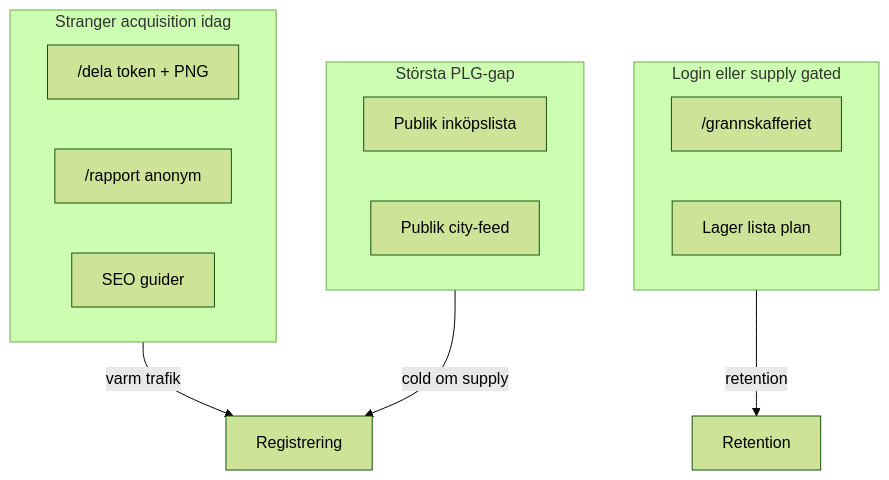
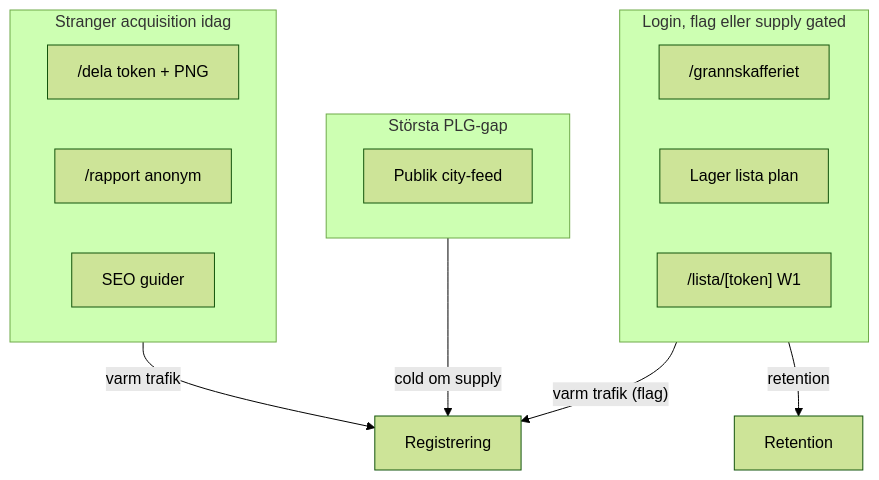
Before and after one commit to arpi09/grocery-manager: the diagram in docs/ACQUISITION_WEDGES.md, drawn with Mermaid (forest theme). The commit also changed other lines of this file and 3 other files, not shown here.

````diff
--- a/docs/ACQUISITION_WEDGES.md
+++ b/docs/ACQUISITION_WEDGES.md
@@ -25,19 +25,20 @@
 ```mermaid
 flowchart TB
   subgraph cold [Stranger acquisition idag]
     Dela["/dela token + PNG"]
     Rapport["/rapport anonym"]
     Guides["SEO guider"]
   end
-  subgraph gated [Login eller supply gated]
+  subgraph gated [Login, flag eller supply gated]
     Map["/grannskafferiet"]
     Core["Lager lista plan"]
+    ShopLink["/lista/[token] W1"]
   end
   subgraph missing [Största PLG-gap]
-    ShopLink["Publik inköpslista"]
     CityFeed["Publik city-feed"]
   end
   cold -->|"varm trafik"| Register[Registrering]
+  gated -->|"varm trafik (flag)"| Register
   missing -->|"cold om supply"| Register
   gated -->|"retention"| Retain[Retention]
 ```
````
